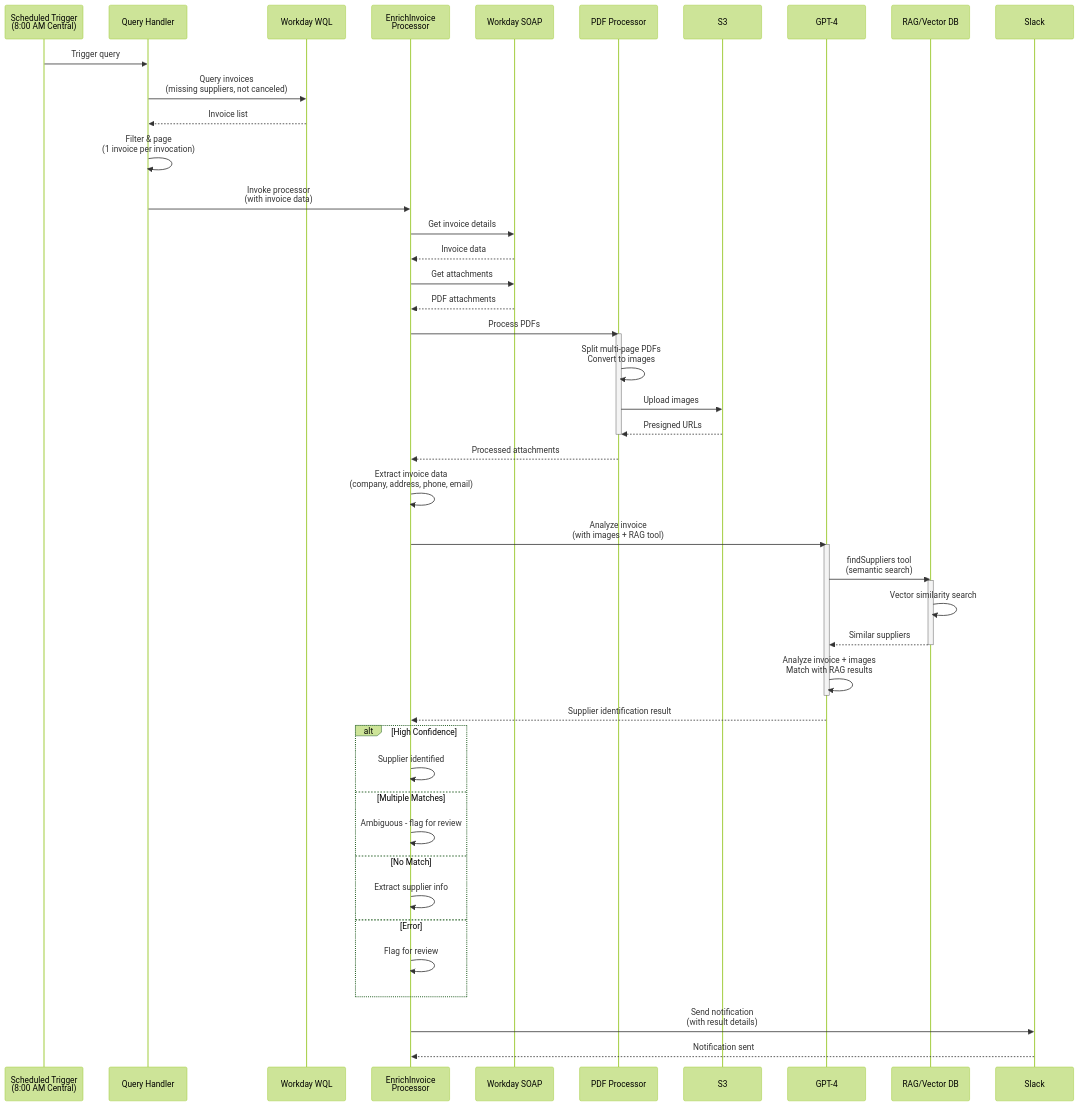
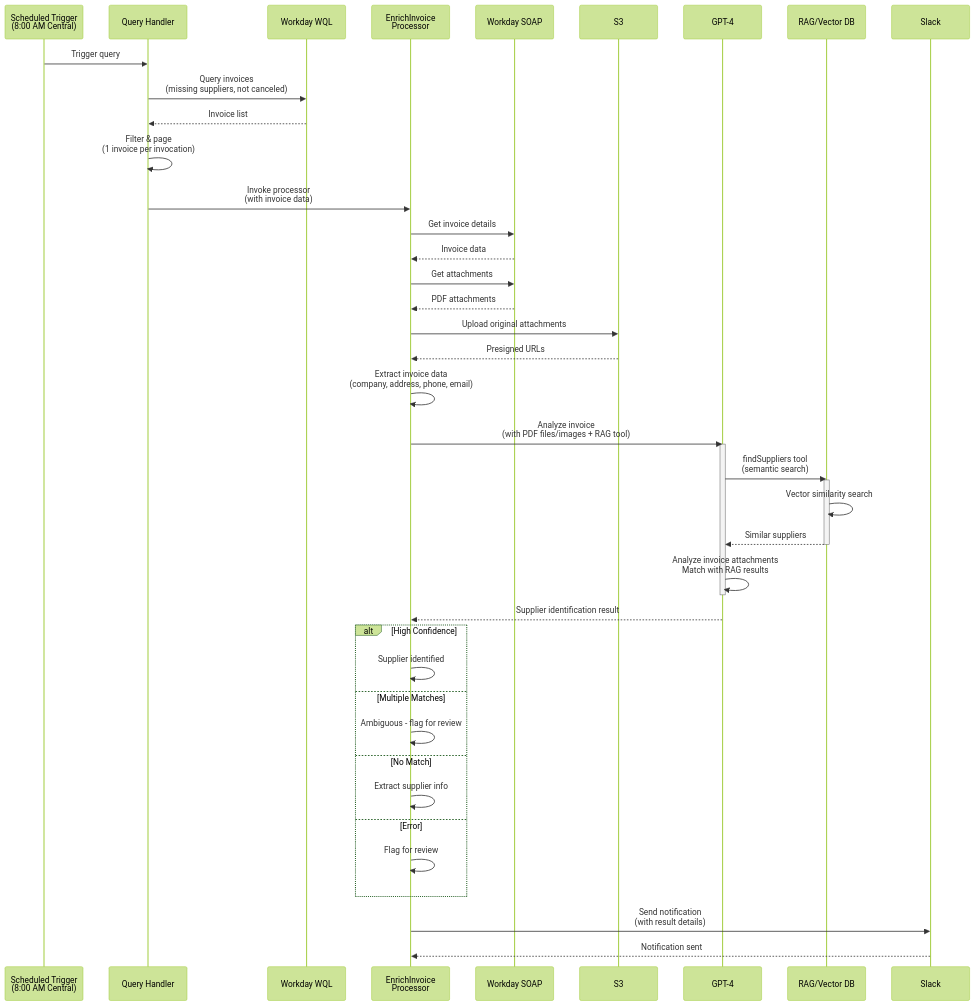
Before and after one commit to pgahq/finance-agent: the third of 7 diagrams in README.md, drawn with Mermaid (forest theme). The commit also changed other lines of this file and 10 other files, not shown here.

Commit message:
Use PDF file inputs for invoice attachments

````diff
--- a/README.md
+++ b/README.md
@@ -319,59 +317,53 @@
 ```mermaid
 sequenceDiagram
     participant Scheduler as Scheduled Trigger<br/>(8:00 AM Central)
     participant QueryHandler as Query Handler
     participant WorkdayWQL as Workday WQL
     participant Processor as EnrichInvoice<br/>Processor
     participant WorkdaySOAP as Workday SOAP
-    participant PDFProcessor as PDF Processor
     participant S3
     participant AI as GPT-4
     participant RAG as RAG/Vector DB
     participant Slack
 
     Scheduler->>QueryHandler: Trigger query
     QueryHandler->>WorkdayWQL: Query invoices<br/>(missing suppliers, not canceled)
     WorkdayWQL-->>QueryHandler: Invoice list
     QueryHandler->>QueryHandler: Filter & page<br/>(1 invoice per invocation)
     QueryHandler->>Processor: Invoke processor<br/>(with invoice data)
 
     Processor->>WorkdaySOAP: Get invoice details
     WorkdaySOAP-->>Processor: Invoice data
     Processor->>WorkdaySOAP: Get attachments
     WorkdaySOAP-->>Processor: PDF attachments
 
-    Processor->>PDFProcessor: Process PDFs
-    activate PDFProcessor
-    PDFProcessor->>PDFProcessor: Split multi-page PDFs<br/>Convert to images
-    PDFProcessor->>S3: Upload images
-    S3-->>PDFProcessor: Presigned URLs
-    deactivate PDFProcessor
-    PDFProcessor-->>Processor: Processed attachments
+    Processor->>S3: Upload original attachments
+    S3-->>Processor: Presigned URLs
 
     Processor->>Processor: Extract invoice data<br/>(company, address, phone, email)
 
-    Processor->>AI: Analyze invoice<br/>(with images + RAG tool)
+    Processor->>AI: Analyze invoice<br/>(with PDF files/images + RAG tool)
     activate AI
     AI->>RAG: findSuppliers tool<br/>(semantic search)
     activate RAG
     RAG->>RAG: Vector similarity search
     RAG-->>AI: Similar suppliers
     deactivate RAG
 
-    AI->>AI: Analyze invoice + images<br/>Match with RAG results
+    AI->>AI: Analyze invoice attachments<br/>Match with RAG results
     deactivate AI
     AI-->>Processor: Supplier identification result
 
     alt High Confidence
         Processor->>Processor: Supplier identified
     else Multiple Matches
         Processor->>Processor: Ambiguous - flag for review
     else No Match
         Processor->>Processor: Extract supplier info
     else Error
         Processor->>Processor: Flag for review
     end
 
     Processor->>Slack: Send notification<br/>(with result details)
     Slack-->>Processor: Notification sent
 ```
````
